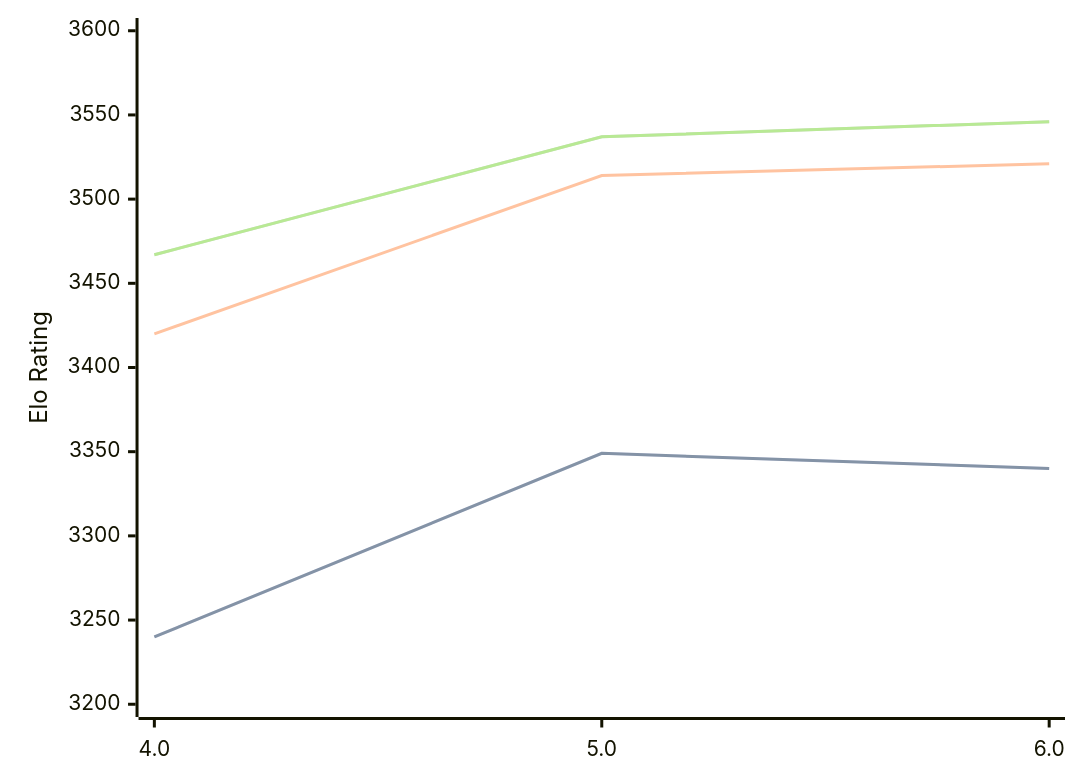
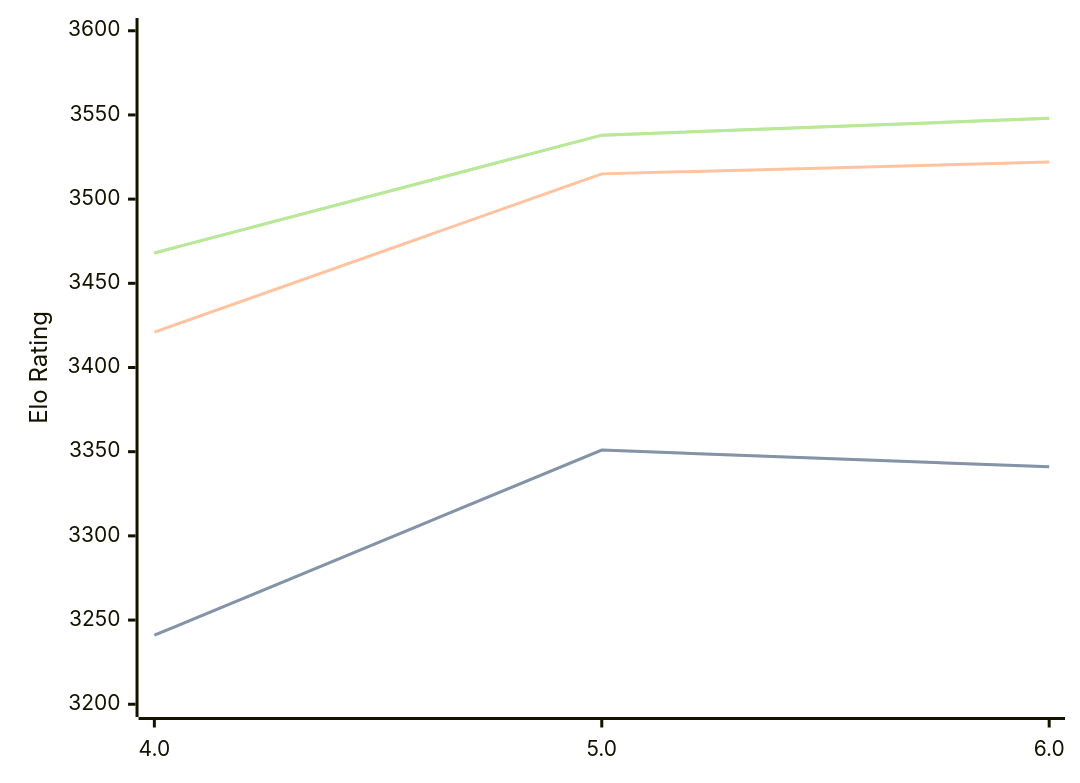
One commit to computer-chess-index/cci changed the diagram in engines/Tarnished.md. Above: the diagram before and after it, drawn with Mermaid. The commit also changed other lines of this file, not shown here.

Commit message:
Update CCI Ratings (ELO VLTC) - 2026-07-23

````diff
--- a/engines/Tarnished.md
+++ b/engines/Tarnished.md
@@ -37,11 +37,11 @@
 ```mermaid
 %%{init: {"theme":"base","themeVariables":{"seriesColors:['#a3a3a3','#222221','#faa371']}}}%%
 xychart-beta
   x-axis ["4.0", "5.0", "6.0"]
   y-axis "Elo Rating" 3200 --> 3600
-  line "STC (8.0+0.08s)" [3240, 3349, 3340]
-  line "STC (8.0+0.08s)" [3240, 3349, 3340]
-  line "LTC (60.0+0.60s)" [3420, 3514, 3521]
-  line "VLTC (2m24s+1.12s)" [3467, 3537, 3546]
-  line "VLTC (2m24s+1.12s)" [3467, 3537, 3546]
+  line "STC (8.0+0.08s)" [3241, 3351, 3341]
+  line "STC (8.0+0.08s)" [3241, 3351, 3341]
+  line "LTC (60.0+0.60s)" [3421, 3515, 3522]
+  line "VLTC (2m24s+1.12s)" [3468, 3538, 3548]
+  line "VLTC (2m24s+1.12s)" [3468, 3538, 3548]
 ```
````
